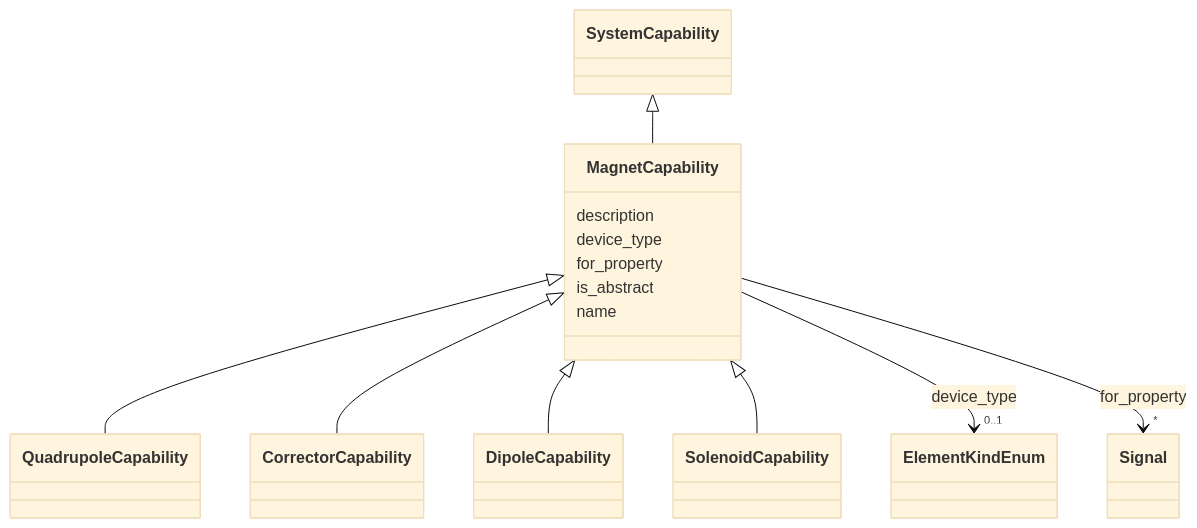
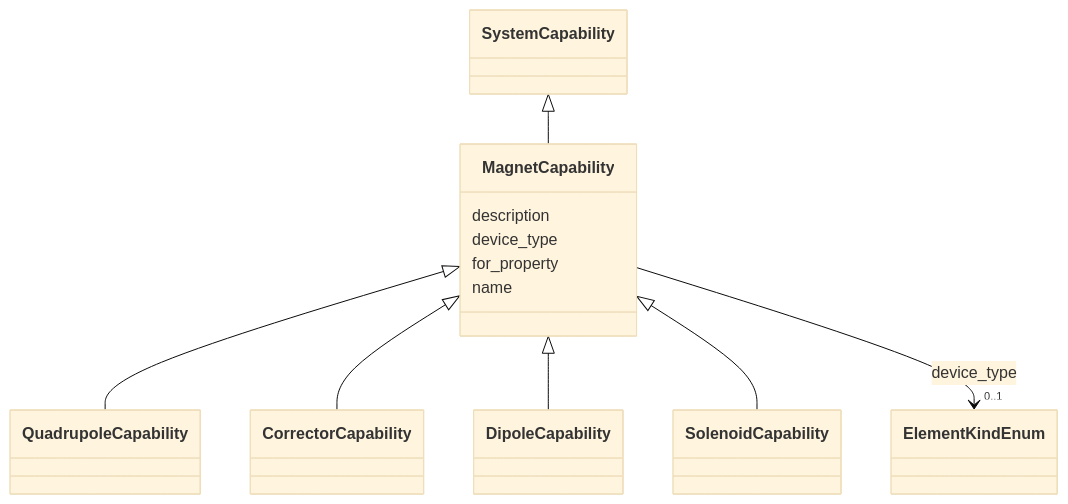
Before and after one commit to pals-project/pals-facility-config: the diagram in docs_narad/MagnetCapability.md, drawn with Mermaid (base theme). The commit also changed other lines of this file and 126 other files, not shown here.

````diff
--- a/docs_narad/MagnetCapability.md
+++ b/docs_narad/MagnetCapability.md
@@ -18,48 +18,37 @@
 ```mermaid
  classDiagram
     class MagnetCapability
     click MagnetCapability href "../MagnetCapability/"
       SystemCapability <|-- MagnetCapability
         click SystemCapability href "../SystemCapability/"
       
 
       MagnetCapability <|-- QuadrupoleCapability
         click QuadrupoleCapability href "../QuadrupoleCapability/"
       MagnetCapability <|-- CorrectorCapability
         click CorrectorCapability href "../CorrectorCapability/"
       MagnetCapability <|-- DipoleCapability
         click DipoleCapability href "../DipoleCapability/"
       MagnetCapability <|-- SolenoidCapability
         click SolenoidCapability href "../SolenoidCapability/"
       
 
       MagnetCapability : description
         
       MagnetCapability : device_type
         
           
     
         
         
         MagnetCapability --> "0..1" ElementKindEnum : device_type
         click ElementKindEnum href "../ElementKindEnum/"
     
 
         
       MagnetCapability : for_property
         
-          
-    
-        
-        
-        MagnetCapability --> "*" Signal : for_property
-        click Signal href "../Signal/"
-    
-
-        
-      MagnetCapability : is_abstract
-        
       MagnetCapability : name
         
       
 ```
````
